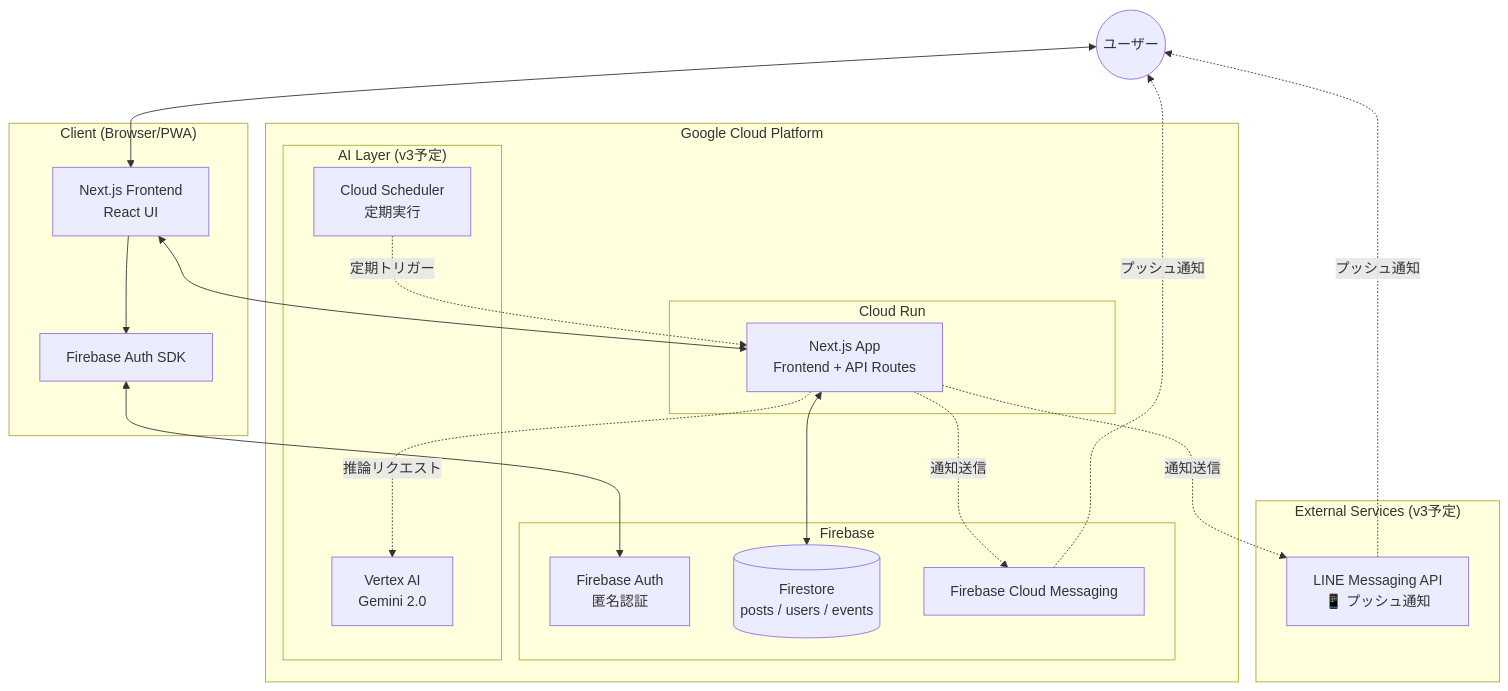
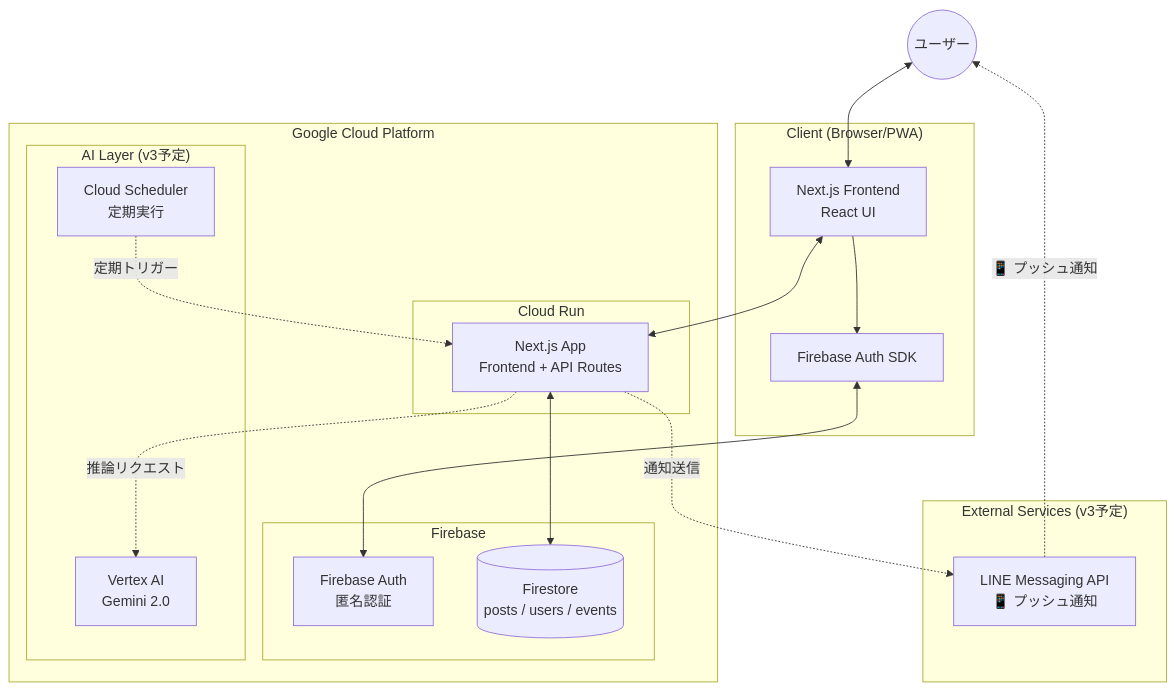
One commit to nekoai-lab/tsugi-no-tokimeki changed the first of 5 diagrams in README.md. Above: the diagram before and after it, drawn with Mermaid. The commit also changed other lines of this file, not shown here.

Commit message:
docs: Remove FCM, focus on LINE notification only

````diff
--- a/README.md
+++ b/README.md
@@ -42,42 +41,39 @@
 ```mermaid
 graph TD
     User((ユーザー))
     
     subgraph "Client (Browser/PWA)"
         UI[Next.js Frontend<br/>React UI]
         AuthSDK[Firebase Auth SDK]
     end
     
     subgraph "Google Cloud Platform"
         subgraph "Cloud Run"
             API[Next.js App<br/>Frontend + API Routes]
         end
         
         subgraph "Firebase"
             Auth[Firebase Auth<br/>匿名認証]
             Firestore[(Firestore<br/>posts / users / events)]
-            FCM[Firebase Cloud Messaging]
         end
         
         subgraph "AI Layer (v3予定)"
             VertexAI[Vertex AI<br/>Gemini 2.0]
             Scheduler[Cloud Scheduler<br/>定期実行]
         end
     end
     
     subgraph "External Services (v3予定)"
         LINE[LINE Messaging API<br/>📱 プッシュ通知]
     end
     
     User <--> UI
     UI --> AuthSDK
     AuthSDK <--> Auth
     UI <--> API
     API <--> Firestore
     Scheduler -.->|"定期トリガー"| API
     API -.->|"推論リクエスト"| VertexAI
     API -.->|"通知送信"| LINE
-    API -.->|"通知送信"| FCM
-    LINE -.->|"プッシュ通知"| User
-    FCM -.->|"プッシュ通知"| User
+    LINE -.->|"📱 プッシュ通知"| User
 ```
````
